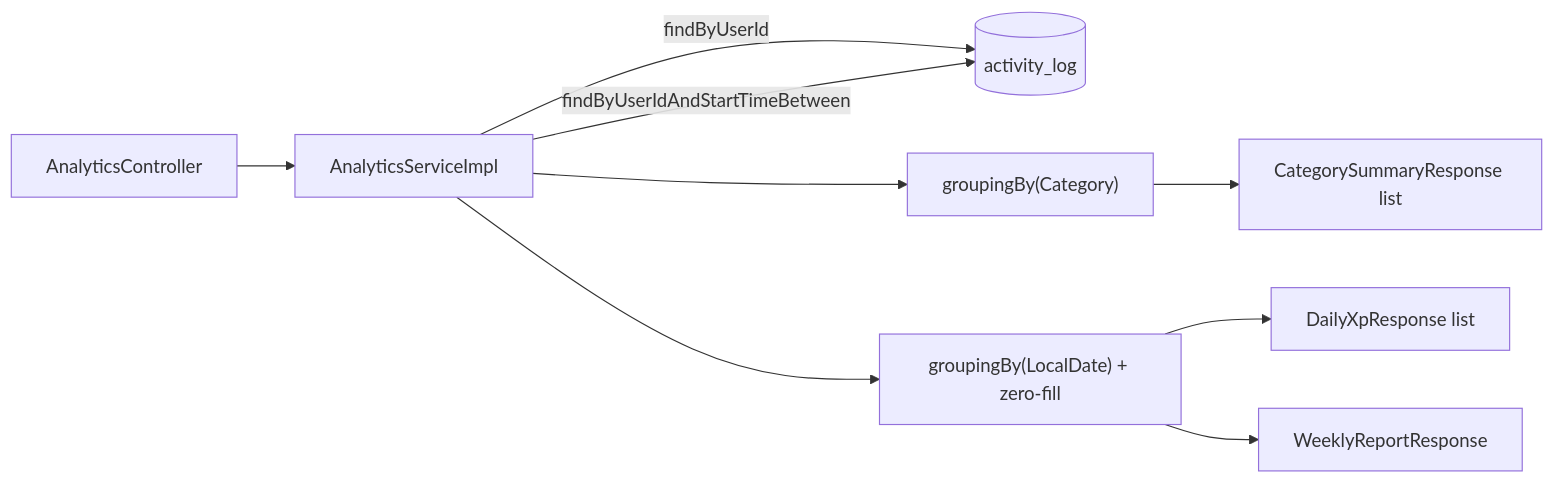
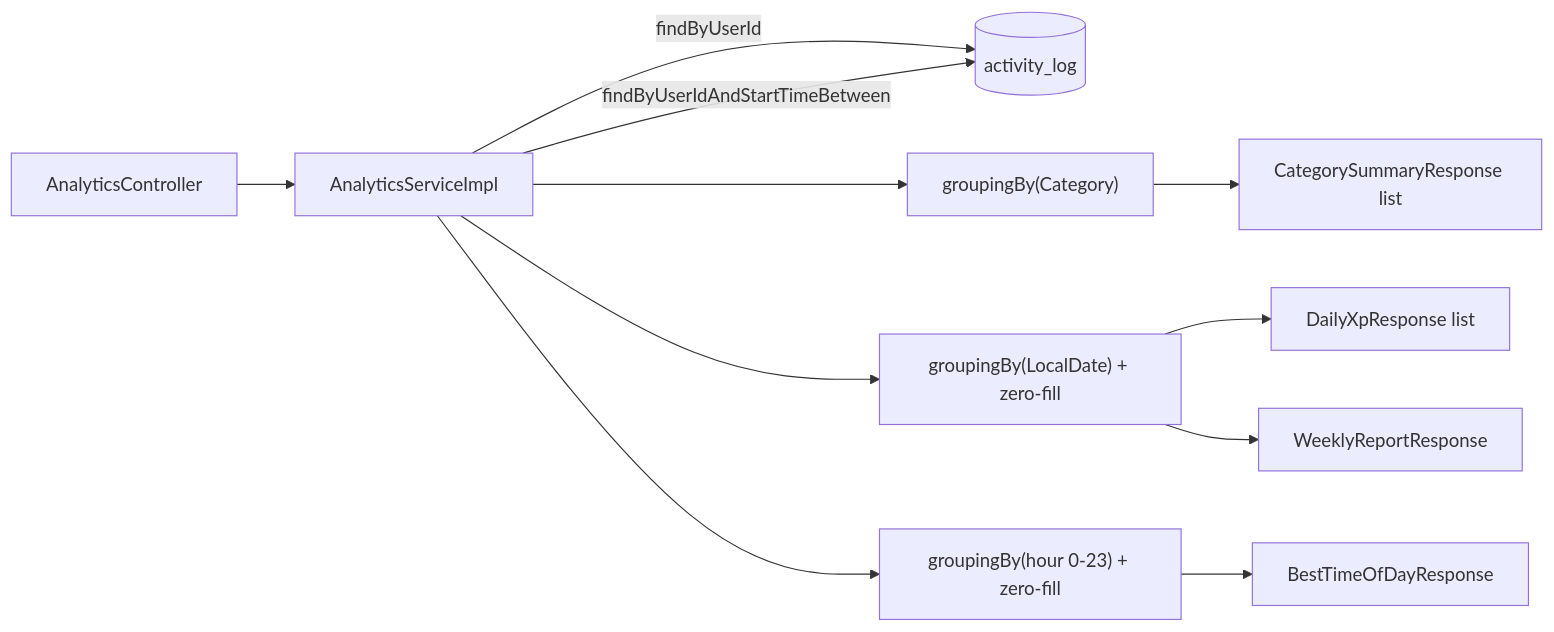
The diagram in docs/features/analytics.md (prashant-singh-2001/gamified_tracker), drawn with Mermaid before and after one commit. The commit also changed other lines of this file and 10 other files, not shown here.

First line of the commit message:
feat(activity-service): best-time-of-day analytics endpoint (#103)

````diff
--- a/docs/features/analytics.md
+++ b/docs/features/analytics.md
@@ -21,11 +22,13 @@
 ```mermaid
 flowchart LR
     C[AnalyticsController] --> S[AnalyticsServiceImpl]
     S -->|findByUserId| R[(activity_log)]
     S -->|findByUserIdAndStartTimeBetween| R
     S --> G1["groupingBy(Category)"]
     S --> G2["groupingBy(LocalDate) + zero-fill"]
+    S --> G3["groupingBy(hour 0-23) + zero-fill"]
     G1 --> O1[CategorySummaryResponse list]
     G2 --> O2[DailyXpResponse list]
     G2 --> O3[WeeklyReportResponse]
+    G3 --> O4[BestTimeOfDayResponse]
 ```
````
